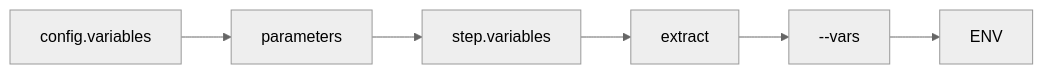
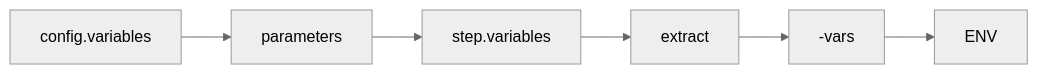
The diagram in docs/02_核心概念.md (Devliang24/drun), drawn with Mermaid (neutral theme) before and after one commit. The commit also changed 20 other files, not shown here.

````diff
--- a/docs/02_核心概念.md
+++ b/docs/02_核心概念.md
@@ -195,4 +195,4 @@
 ```mermaid
 flowchart LR
-    P1[config.variables] --> P2[parameters] --> P3[step.variables] --> P4[extract] --> P5[--vars] --> P6[ENV]
+    P1[config.variables] --> P2[parameters] --> P3[step.variables] --> P4[extract] --> P5[-vars] --> P6[ENV]
 ```
````
